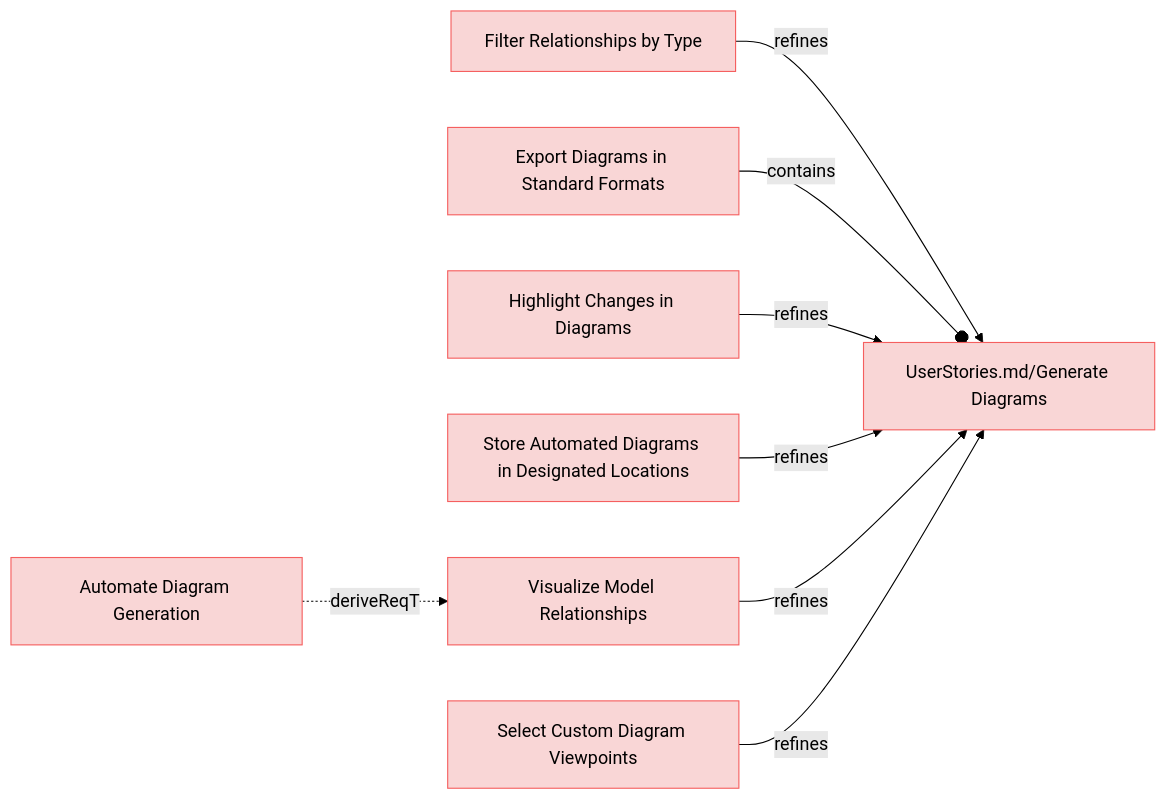
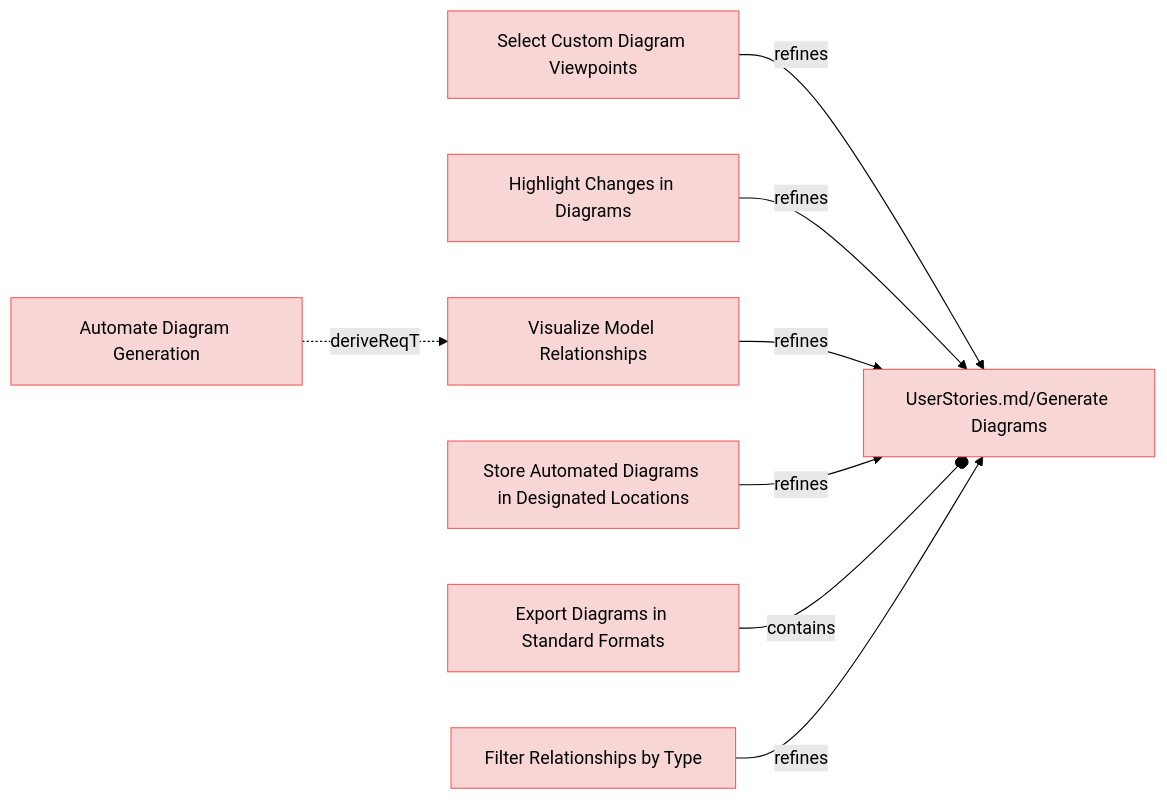
Before and after one commit to reqvire-org/reqvire: the first of 9 diagrams in specifications/UserRequirements.md, drawn with Mermaid (forest theme). The commit also changed other lines of this file and 15 other files, not shown here.

Commit message:
Linted and new diagrams generated.

````diff
--- a/specifications/UserRequirements.md
+++ b/specifications/UserRequirements.md
@@ -4,40 +4,40 @@
 ```mermaid
 graph LR;
   %% Graph styling
   classDef requirement fill:#f9d6d6,stroke:#f55f5f,stroke-width:1px;
   classDef verification fill:#d6f9d6,stroke:#5fd75f,stroke-width:1px;
   classDef externalLink fill:#d0e0ff,stroke:#3080ff,stroke-width:1px;
   classDef default fill:#f5f5f5,stroke:#333333,stroke-width:1px;
 
-  66e9d8186acafd13["Filter Relationships by Type"];
-  click 66e9d8186acafd13 "https://github.com/Reqvire/reqvire/blob/f18e52f9f88c64f67a79abc4e93eb74b3ec22615/specifications/UserRequirements.md#filter-relationships-by-type";
-  class 66e9d8186acafd13 requirement;
+  aa6a73dcebdfbc0d["Select Custom Diagram Viewpoints"];
+  click aa6a73dcebdfbc0d "https://github.com/Reqvire/reqvire/blob/b8c43d2689b933838bf1838d8a4cdf3393c9014f/specifications/UserRequirements.md#select-custom-diagram-viewpoints";
+  class aa6a73dcebdfbc0d requirement;
   694c4bb24b10f0c7["UserStories.md/Generate Diagrams"];
   class 694c4bb24b10f0c7 requirement;
-  click 694c4bb24b10f0c7 "https://github.com/Reqvire/reqvire/blob/f18e52f9f88c64f67a79abc4e93eb74b3ec22615/specifications/UserStories.md#generate-diagrams";
-  66e9d8186acafd13 -->|refines| 694c4bb24b10f0c7;
-  a0274ca0625d8493["Export Diagrams in Standard Formats"];
-  click a0274ca0625d8493 "https://github.com/Reqvire/reqvire/blob/f18e52f9f88c64f67a79abc4e93eb74b3ec22615/specifications/UserRequirements.md#export-diagrams-in-standard-formats";
-  class a0274ca0625d8493 requirement;
-  a0274ca0625d8493 --o|contains| 694c4bb24b10f0c7;
+  click 694c4bb24b10f0c7 "https://github.com/Reqvire/reqvire/blob/b8c43d2689b933838bf1838d8a4cdf3393c9014f/specifications/UserStories.md#generate-diagrams";
+  aa6a73dcebdfbc0d -->|refines| 694c4bb24b10f0c7;
   ac914f743d73674e["Highlight Changes in Diagrams"];
-  click ac914f743d73674e "https://github.com/Reqvire/reqvire/blob/f18e52f9f88c64f67a79abc4e93eb74b3ec22615/specifications/UserRequirements.md#highlight-changes-in-diagrams";
+  click ac914f743d73674e "https://github.com/Reqvire/reqvire/blob/b8c43d2689b933838bf1838d8a4cdf3393c9014f/specifications/UserRequirements.md#highlight-changes-in-diagrams";
   class ac914f743d73674e requirement;
   ac914f743d73674e -->|refines| 694c4bb24b10f0c7;
   c522cf4c404bdc24["Automate Diagram Generation"];
-  click c522cf4c404bdc24 "https://github.com/Reqvire/reqvire/blob/f18e52f9f88c64f67a79abc4e93eb74b3ec22615/specifications/UserRequirements.md#automate-diagram-generation";
+  click c522cf4c404bdc24 "https://github.com/Reqvire/reqvire/blob/b8c43d2689b933838bf1838d8a4cdf3393c9014f/specifications/UserRequirements.md#automate-diagram-generation";
   class c522cf4c404bdc24 requirement;
   eed0b020b6ddeae1["Visualize Model Relationships"];
   class eed0b020b6ddeae1 requirement;
-  click eed0b020b6ddeae1 "https://github.com/Reqvire/reqvire/blob/f18e52f9f88c64f67a79abc4e93eb74b3ec22615/specifications/UserRequirements.md#visualize-model-relationships";
+  click eed0b020b6ddeae1 "https://github.com/Reqvire/reqvire/blob/b8c43d2689b933838bf1838d8a4cdf3393c9014f/specifications/UserRequirements.md#visualize-model-relationships";
   c522cf4c404bdc24 -.->|deriveReqT| eed0b020b6ddeae1;
+  eed0b020b6ddeae1 -->|refines| 694c4bb24b10f0c7;
   89097c1311055b72["Store Automated Diagrams in Designated Locations"];
-  click 89097c1311055b72 "https://github.com/Reqvire/reqvire/blob/f18e52f9f88c64f67a79abc4e93eb74b3ec22615/specifications/UserRequirements.md#store-automated-diagrams-in-designated-locations";
+  click 89097c1311055b72 "https://github.com/Reqvire/reqvire/blob/b8c43d2689b933838bf1838d8a4cdf3393c9014f/specifications/UserRequirements.md#store-automated-diagrams-in-designated-locations";
   class 89097c1311055b72 requirement;
   89097c1311055b72 -->|refines| 694c4bb24b10f0c7;
-  eed0b020b6ddeae1 -->|refines| 694c4bb24b10f0c7;
-  aa6a73dcebdfbc0d["Select Custom Diagram Viewpoints"];
-  click aa6a73dcebdfbc0d "https://github.com/Reqvire/reqvire/blob/f18e52f9f88c64f67a79abc4e93eb74b3ec22615/specifications/UserRequirements.md#select-custom-diagram-viewpoints";
-  class aa6a73dcebdfbc0d requirement;
-  aa6a73dcebdfbc0d -->|refines| 694c4bb24b10f0c7;
+  a0274ca0625d8493["Export Diagrams in Standard Formats"];
+  click a0274ca0625d8493 "https://github.com/Reqvire/reqvire/blob/b8c43d2689b933838bf1838d8a4cdf3393c9014f/specifications/UserRequirements.md#export-diagrams-in-standard-formats";
+  class a0274ca0625d8493 requirement;
+  a0274ca0625d8493 --o|contains| 694c4bb24b10f0c7;
+  66e9d8186acafd13["Filter Relationships by Type"];
+  click 66e9d8186acafd13 "https://github.com/Reqvire/reqvire/blob/b8c43d2689b933838bf1838d8a4cdf3393c9014f/specifications/UserRequirements.md#filter-relationships-by-type";
+  class 66e9d8186acafd13 requirement;
+  66e9d8186acafd13 -->|refines| 694c4bb24b10f0c7;
 ```
````
